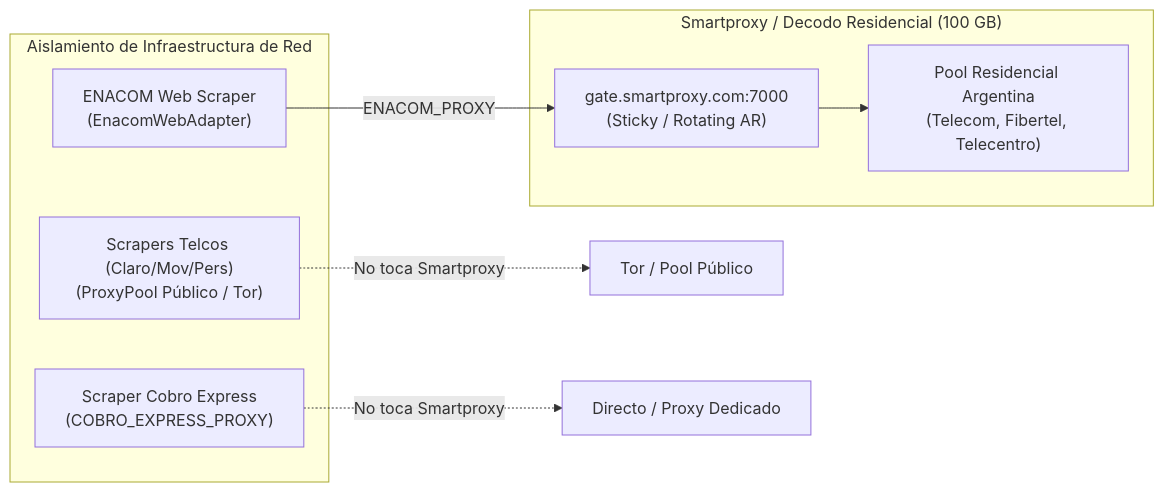
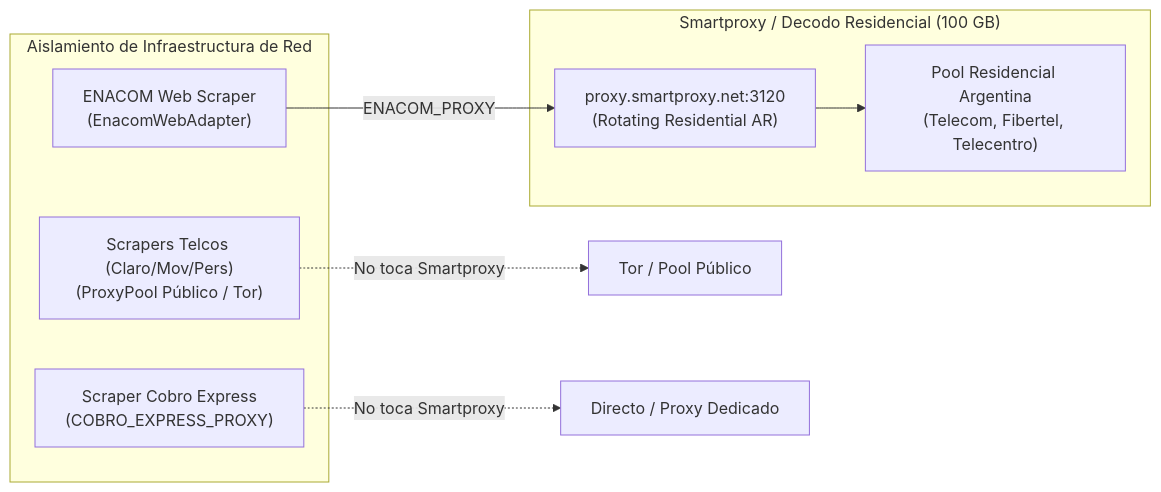
The second of 2 diagrams in docs/05_guia_nuevos_scrapers/guia_enacom_web.md (CofradiaGS/scrapers-reg-no-llame), drawn with Mermaid before and after one commit. The commit also changed other lines of this file and 57 other files, not shown here.

````diff
--- a/docs/05_guia_nuevos_scrapers/guia_enacom_web.md
+++ b/docs/05_guia_nuevos_scrapers/guia_enacom_web.md
@@ -190,18 +192,18 @@
 ```mermaid
 flowchart LR
     subgraph SmartproxyCloud ["Smartproxy / Decodo Residencial (100 GB)"]
-        GW["gate.smartproxy.com:7000\n(Sticky / Rotating AR)"]
+        GW["proxy.smartproxy.net:3120\n(Rotating Residential AR)"]
         PoolAR["Pool Residencial Argentina\n(Telecom, Fibertel, Telecentro)"]
     end
 
     subgraph ScrapersEcosystem ["Aislamiento de Infraestructura de Red"]
         EnacomScraper["ENACOM Web Scraper\n(EnacomWebAdapter)"]
         TelcosScraper["Scrapers Telcos (Claro/Mov/Pers)\n(ProxyPool Público / Tor)"]
         CobroExpress["Scraper Cobro Express\n(COBRO_EXPRESS_PROXY)"]
     end
 
     EnacomScraper -->|"ENACOM_PROXY"| GW
     GW --> PoolAR
     TelcosScraper -.->|"No toca Smartproxy"| Tor["Tor / Pool Público"]
     CobroExpress -.->|"No toca Smartproxy"| IPDirecta["Directo / Proxy Dedicado"]
 ```
````
